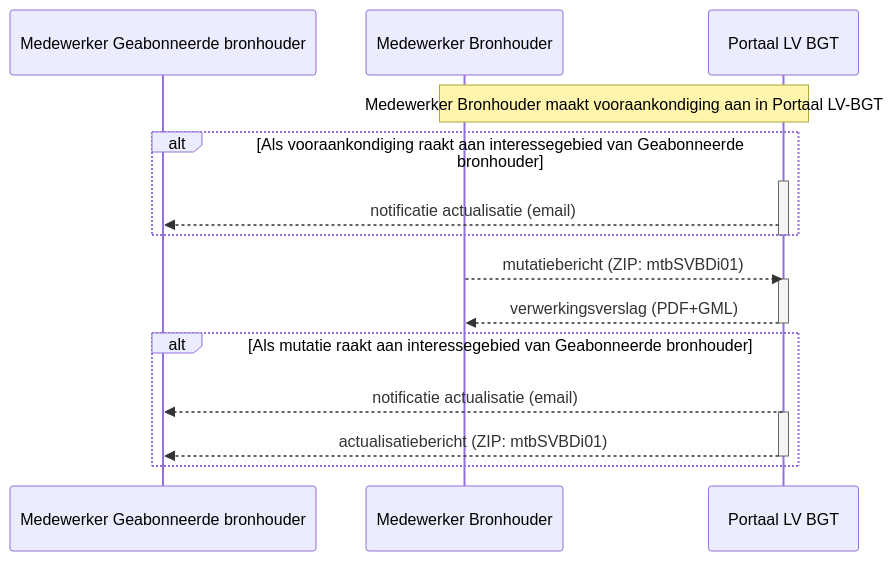
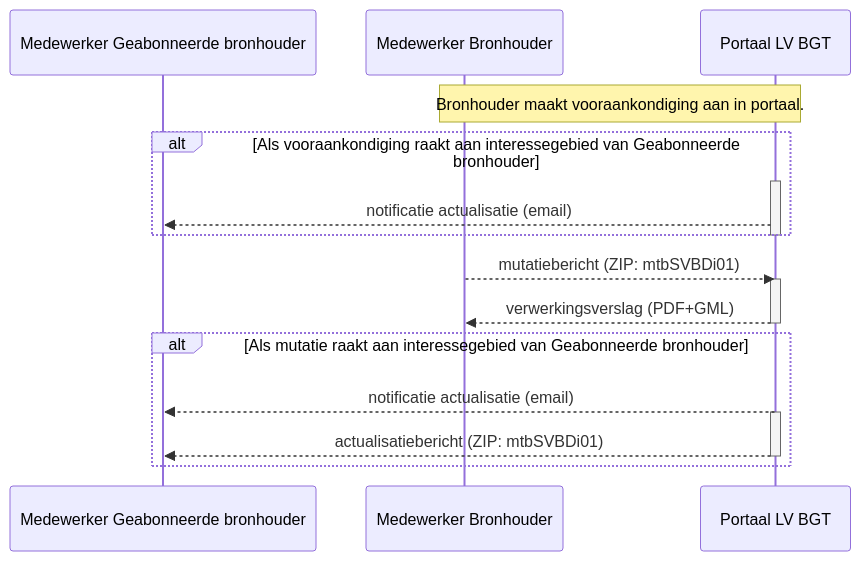
One commit to Geonovum/IMGeo changed the first of 2 diagrams in werkafspraken/bgt-berichtenverkeer/2-werkafspraak.md. Above: the diagram before and after it, drawn with Mermaid. The commit also changed other lines of this file, not shown here.

```diff
--- a/werkafspraken/bgt-berichtenverkeer/2-werkafspraak.md
+++ b/werkafspraken/bgt-berichtenverkeer/2-werkafspraak.md
@@ -67,22 +67,22 @@
 <div class="mermaid">
 sequenceDiagram          
     participant Medewerker Geabonneerde  bronhouder    
     participant Medewerker Bronhouder  
     participant Portaal LV BGT   
-    Note over Medewerker Bronhouder, Portaal LV BGT: Medewerker Bronhouder maakt vooraankondiging aan in Portaal LV-BGT
+    Note over Medewerker Bronhouder, Portaal LV BGT: Bronhouder maakt vooraankondiging aan in portaal.
     alt Als vooraankondiging raakt aan interessegebied van Geabonneerde bronhouder
     activate Portaal LV BGT    
     Portaal LV BGT-->>Medewerker Geabonneerde  bronhouder: notificatie actualisatie (email)
     end
     deactivate Portaal LV BGT
     Medewerker Bronhouder-->>Portaal LV BGT: mutatiebericht (ZIP: mtbSVBDi01)   
     activate Portaal LV BGT
     Portaal LV BGT-->>Medewerker Bronhouder: verwerkingsverslag (PDF+GML)
     deactivate Portaal LV BGT
     alt Als mutatie raakt aan interessegebied van Geabonneerde bronhouder
     Portaal LV BGT-->>Medewerker Geabonneerde  bronhouder: notificatie actualisatie (email)
     activate Portaal LV BGT
     Portaal LV BGT-->>Medewerker Geabonneerde  bronhouder: actualisatiebericht (ZIP: mtbSVBDi01)
     deactivate Portaal LV BGT
     end
 </div>
```
